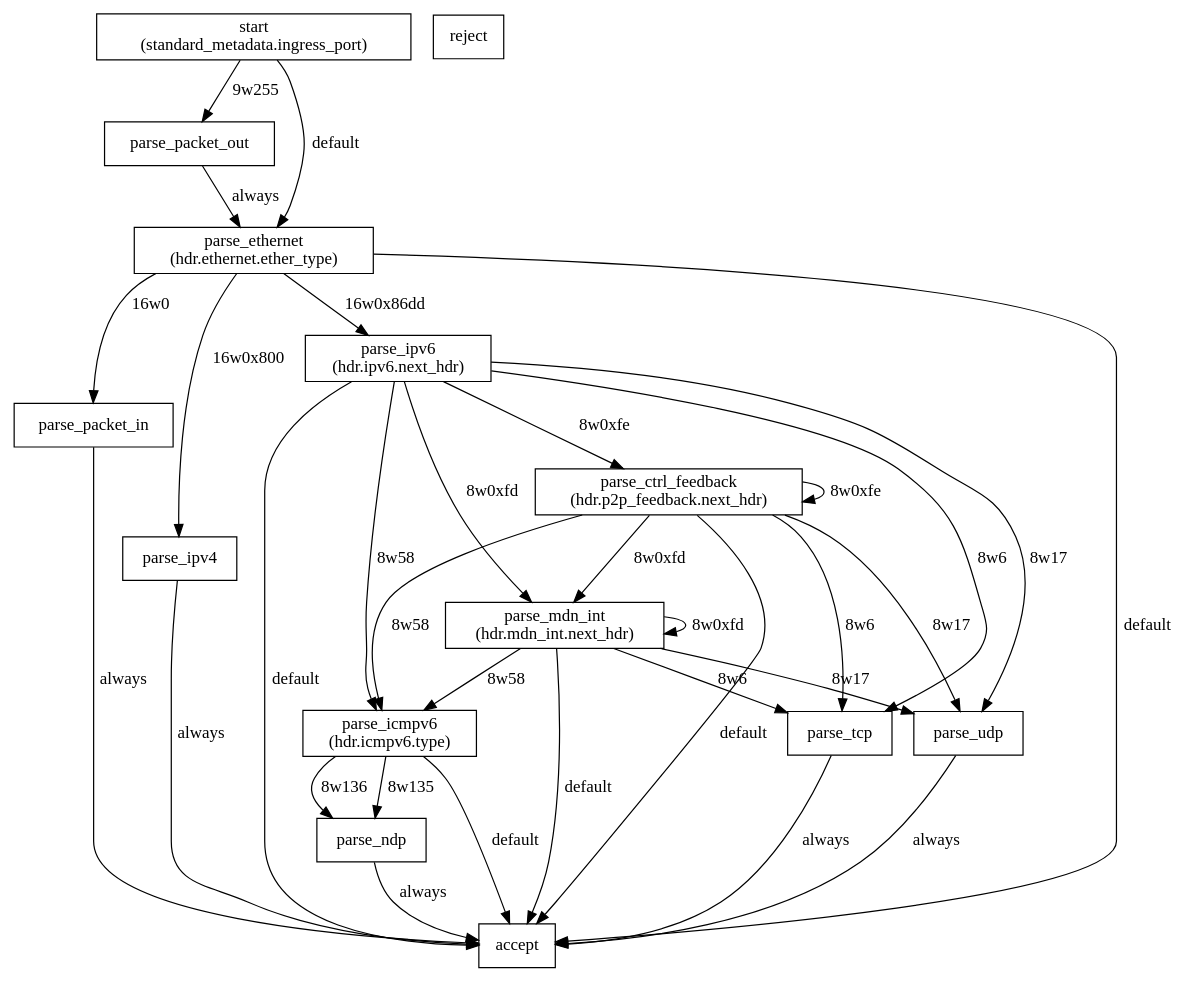
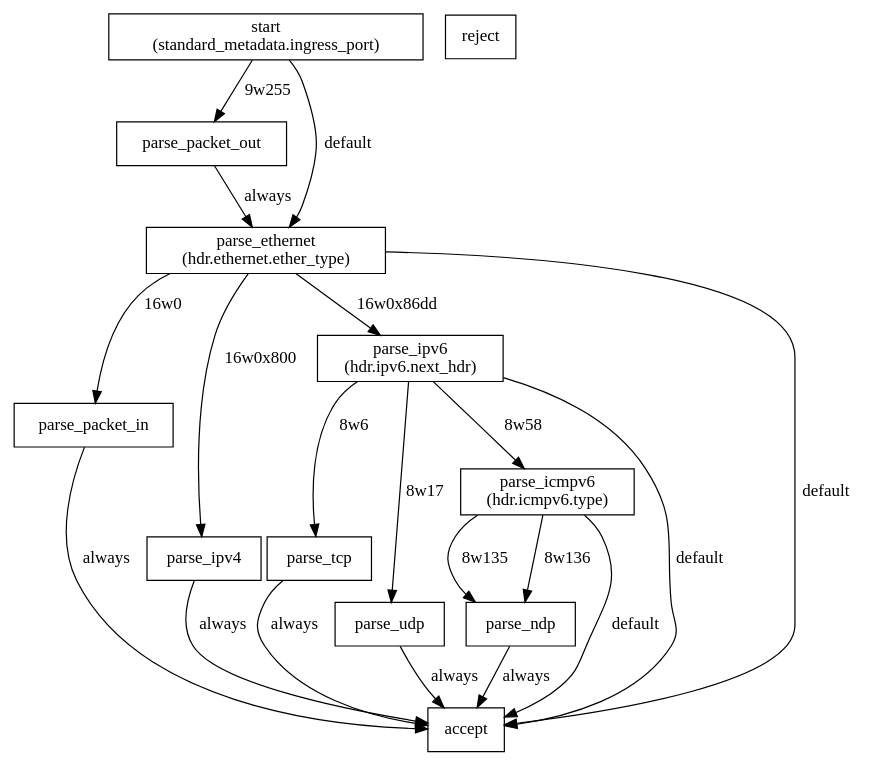
One commit to drobinkent/P4TE_UPTO_ELSEVIER_CN_REVISION_1 changed the diagram in p4src/graphs/spine/ParserImpl.dot. Above: the diagram before and after it, drawn with Graphviz. The commit also changed 831 other files, not shown here.

```diff
--- a/p4src/graphs/spine/ParserImpl.dot
+++ b/p4src/graphs/spine/ParserImpl.dot
@@ -1,54 +1,37 @@
 digraph ParserImpl{
 start [shape=rectangle,label="start
 (standard_metadata.ingress_port)"]
 parse_packet_out [shape=rectangle,label="parse_packet_out"]
 parse_ethernet [shape=rectangle,label="parse_ethernet
 (hdr.ethernet.ether_type)"]
 parse_packet_in [shape=rectangle,label="parse_packet_in"]
 parse_ipv4 [shape=rectangle,label="parse_ipv4"]
 parse_ipv6 [shape=rectangle,label="parse_ipv6
 (hdr.ipv6.next_hdr)"]
-parse_ctrl_feedback [shape=rectangle,label="parse_ctrl_feedback
-(hdr.p2p_feedback.next_hdr)"]
 parse_tcp [shape=rectangle,label="parse_tcp"]
 parse_udp [shape=rectangle,label="parse_udp"]
 parse_icmpv6 [shape=rectangle,label="parse_icmpv6
 (hdr.icmpv6.type)"]
 parse_ndp [shape=rectangle,label="parse_ndp"]
-parse_mdn_int [shape=rectangle,label="parse_mdn_int
-(hdr.mdn_int.next_hdr)"]
 accept [shape=rectangle,label="accept"]
 reject [shape=rectangle,label="reject"]
 start -> parse_packet_out [label="9w255"]
 start -> parse_ethernet [label="default"]
 parse_packet_out -> parse_ethernet [label="always"]
 parse_ethernet -> parse_ipv6 [label="16w0x86dd"]
 parse_ethernet -> parse_ipv4 [label="16w0x800"]
 parse_ethernet -> parse_packet_in [label="16w0"]
 parse_ethernet -> accept [label="default"]
 parse_packet_in -> accept [label="always"]
 parse_ipv4 -> accept [label="always"]
 parse_ipv6 -> parse_tcp [label="8w6"]
 parse_ipv6 -> parse_udp [label="8w17"]
 parse_ipv6 -> parse_icmpv6 [label="8w58"]
-parse_ipv6 -> parse_mdn_int [label="8w0xfd"]
-parse_ipv6 -> parse_ctrl_feedback [label="8w0xfe"]
 parse_ipv6 -> accept [label="default"]
-parse_ctrl_feedback -> parse_tcp [label="8w6"]
-parse_ctrl_feedback -> parse_udp [label="8w17"]
-parse_ctrl_feedback -> parse_icmpv6 [label="8w58"]
-parse_ctrl_feedback -> parse_mdn_int [label="8w0xfd"]
-parse_ctrl_feedback -> parse_ctrl_feedback [label="8w0xfe"]
-parse_ctrl_feedback -> accept [label="default"]
 parse_tcp -> accept [label="always"]
 parse_udp -> accept [label="always"]
 parse_icmpv6 -> parse_ndp [label="8w135"]
 parse_icmpv6 -> parse_ndp [label="8w136"]
 parse_icmpv6 -> accept [label="default"]
 parse_ndp -> accept [label="always"]
-parse_mdn_int -> parse_tcp [label="8w6"]
-parse_mdn_int -> parse_udp [label="8w17"]
-parse_mdn_int -> parse_icmpv6 [label="8w58"]
-parse_mdn_int -> parse_mdn_int [label="8w0xfd"]
-parse_mdn_int -> accept [label="default"]
 }
```
